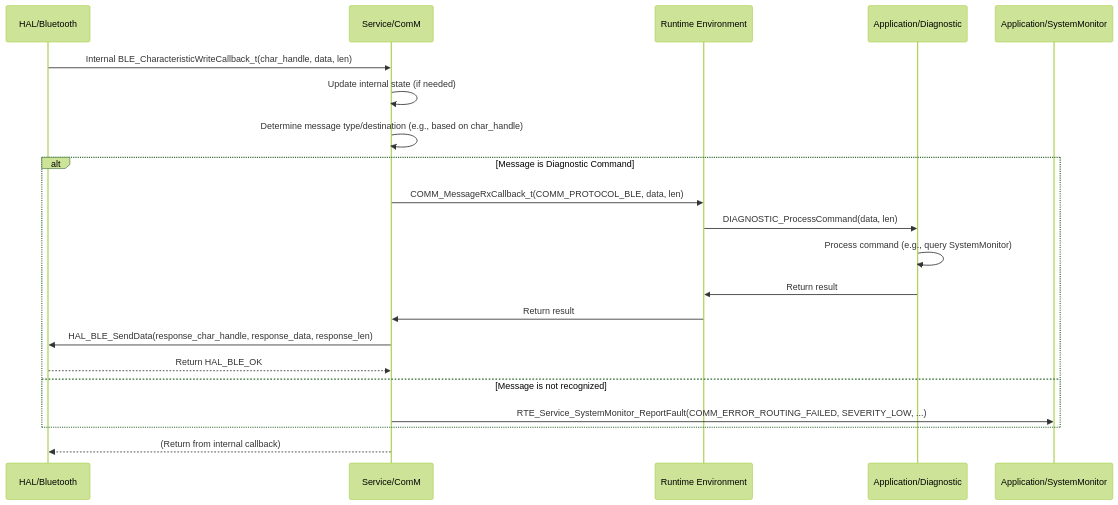
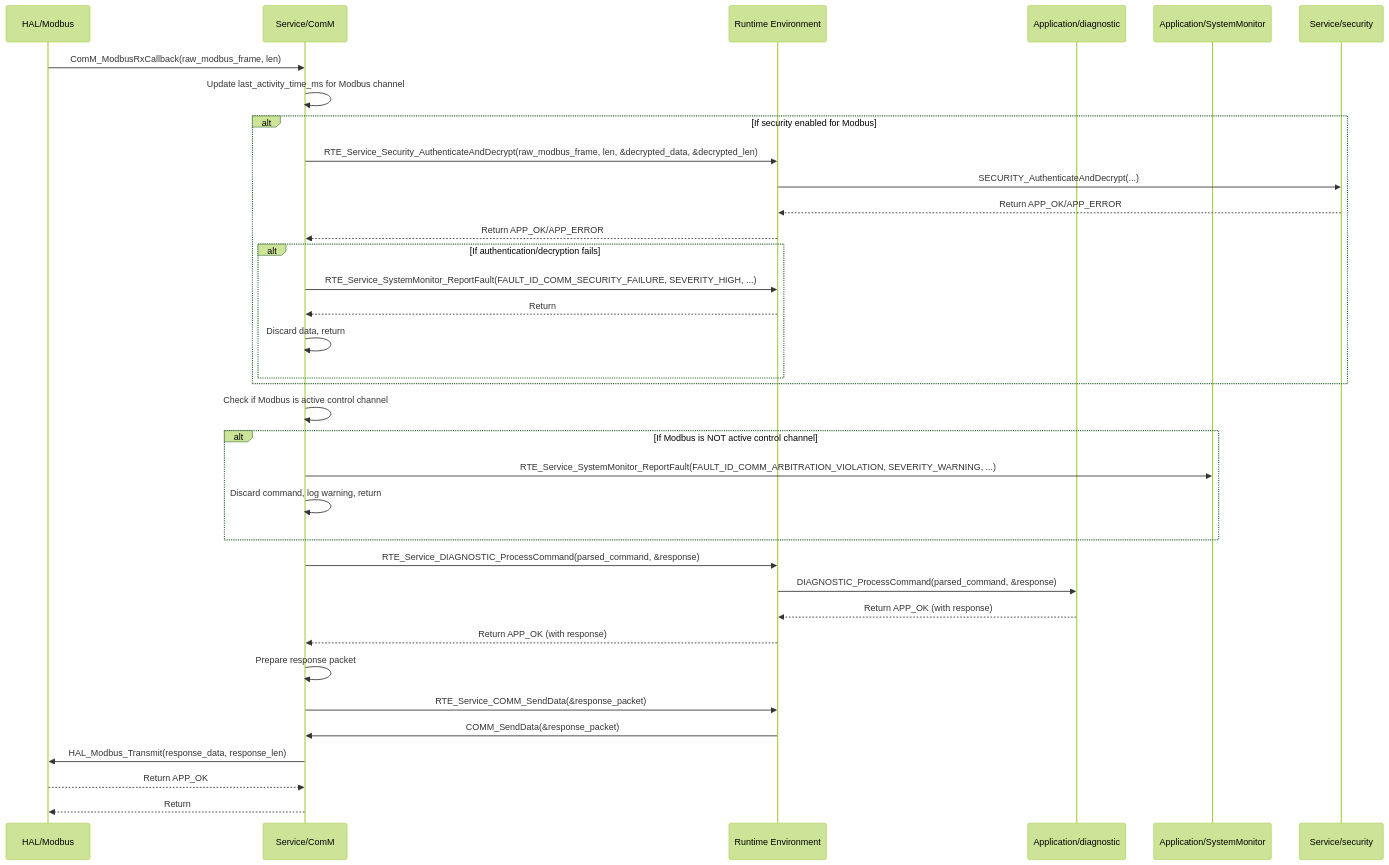
One commit to ashaker-2/Platform changed the diagram in Requiremets/Design/Service/ComM.md. Above: the diagram before and after it, drawn with Mermaid (forest theme). The commit also changed other lines of this file and 26 other files, not shown here.

````diff
--- a/Requiremets/Design/Service/ComM.md
+++ b/Requiremets/Design/Service/ComM.md
@@ -192,24 +292,38 @@
 ```mermaid
 sequenceDiagram  
-    participant HAL_BLE as HAL/Bluetooth  
+    participant HAL_Modbus as HAL/Modbus  
     participant ComM as Service/ComM  
     participant RTE as Runtime Environment  
-    participant Diagnostic as Application/Diagnostic  
-    participant SystemMonitor as Application/SystemMonitor
+    participant Diagnostic as Application/diagnostic  
+    participant SystemMonitor as Application/SystemMonitor  
+    participant Security as Service/security
 
-    HAL_BLE->>ComM: Internal BLE_CharacteristicWriteCallback_t(char_handle, data, len)  
-    ComM->>ComM: Update internal state (if needed)  
-    ComM->>ComM: Determine message type/destination (e.g., based on char_handle)  
-    alt Message is Diagnostic Command  
-        ComM->>RTE: COMM_MessageRxCallback_t(COMM_PROTOCOL_BLE, data, len)  
-        RTE->>Diagnostic: DIAGNOSTIC_ProcessCommand(data, len)  
-        Diagnostic->>Diagnostic: Process command (e.g., query SystemMonitor)  
-        Diagnostic->>RTE: Return result  
-        RTE->>ComM: Return result  
-        ComM->>HAL_BLE: HAL_BLE_SendData(response_char_handle, response_data, response_len)  
-        HAL_BLE-->>ComM: Return HAL_BLE_OK  
-    else Message is not recognized  
-        ComM->>SystemMonitor: RTE_Service_SystemMonitor_ReportFault(COMM_ERROR_ROUTING_FAILED, SEVERITY_LOW, ...)  
+    HAL_Modbus->>ComM: ComM_ModbusRxCallback(raw_modbus_frame, len)  
+    ComM->>ComM: Update last_activity_time_ms for Modbus channel  
+    alt If security enabled for Modbus  
+        ComM->>RTE: RTE_Service_Security_AuthenticateAndDecrypt(raw_modbus_frame, len, &decrypted_data, &decrypted_len)  
+        RTE->>Security: SECURITY_AuthenticateAndDecrypt(...)  
+        Security-->>RTE: Return APP_OK/APP_ERROR  
+        RTE-->>ComM: Return APP_OK/APP_ERROR  
+        alt If authentication/decryption fails  
+            ComM->>RTE: RTE_Service_SystemMonitor_ReportFault(FAULT_ID_COMM_SECURITY_FAILURE, SEVERITY_HIGH, ...)  
+            RTE-->>ComM: Return  
+            ComM->>ComM: Discard data, return  
+        end  
     end  
-    ComM-->>HAL_BLE: (Return from internal callback)
+    ComM->>ComM: Check if Modbus is active control channel  
+    alt If Modbus is NOT active control channel  
+        ComM->>SystemMonitor: RTE_Service_SystemMonitor_ReportFault(FAULT_ID_COMM_ARBITRATION_VIOLATION, SEVERITY_WARNING, ...)  
+        ComM->>ComM: Discard command, log warning, return  
+    end  
+    ComM->>RTE: RTE_Service_DIAGNOSTIC_ProcessCommand(parsed_command, &response)  
+    RTE->>Diagnostic: DIAGNOSTIC_ProcessCommand(parsed_command, &response)  
+    Diagnostic-->>RTE: Return APP_OK (with response)  
+    RTE-->>ComM: Return APP_OK (with response)  
+    ComM->>ComM: Prepare response packet  
+    ComM->>RTE: RTE_Service_COMM_SendData(&response_packet)  
+    RTE->>ComM: COMM_SendData(&response_packet)  
+    ComM->>HAL_Modbus: HAL_Modbus_Transmit(response_data, response_len)  
+    HAL_Modbus-->>ComM: Return APP_OK  
+    ComM-->>HAL_Modbus: Return
 ```
````
